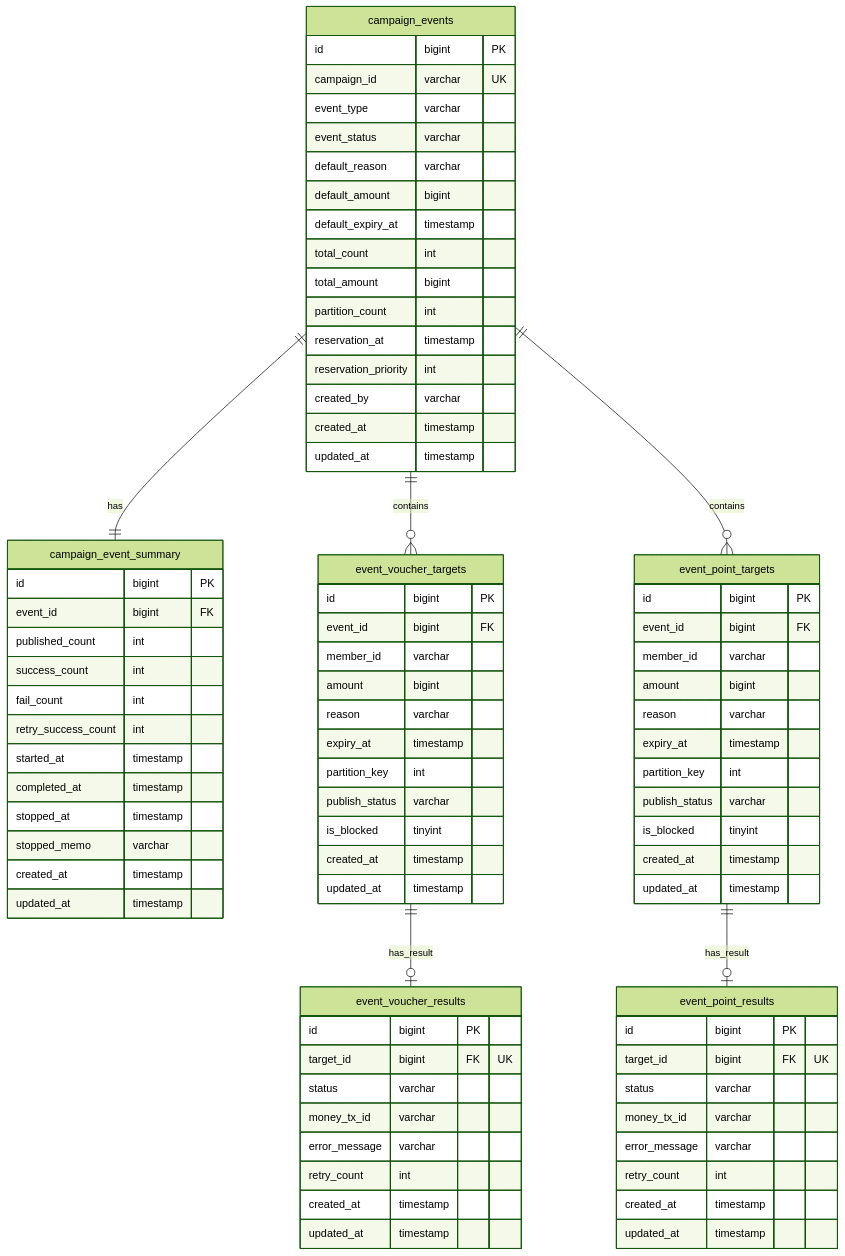
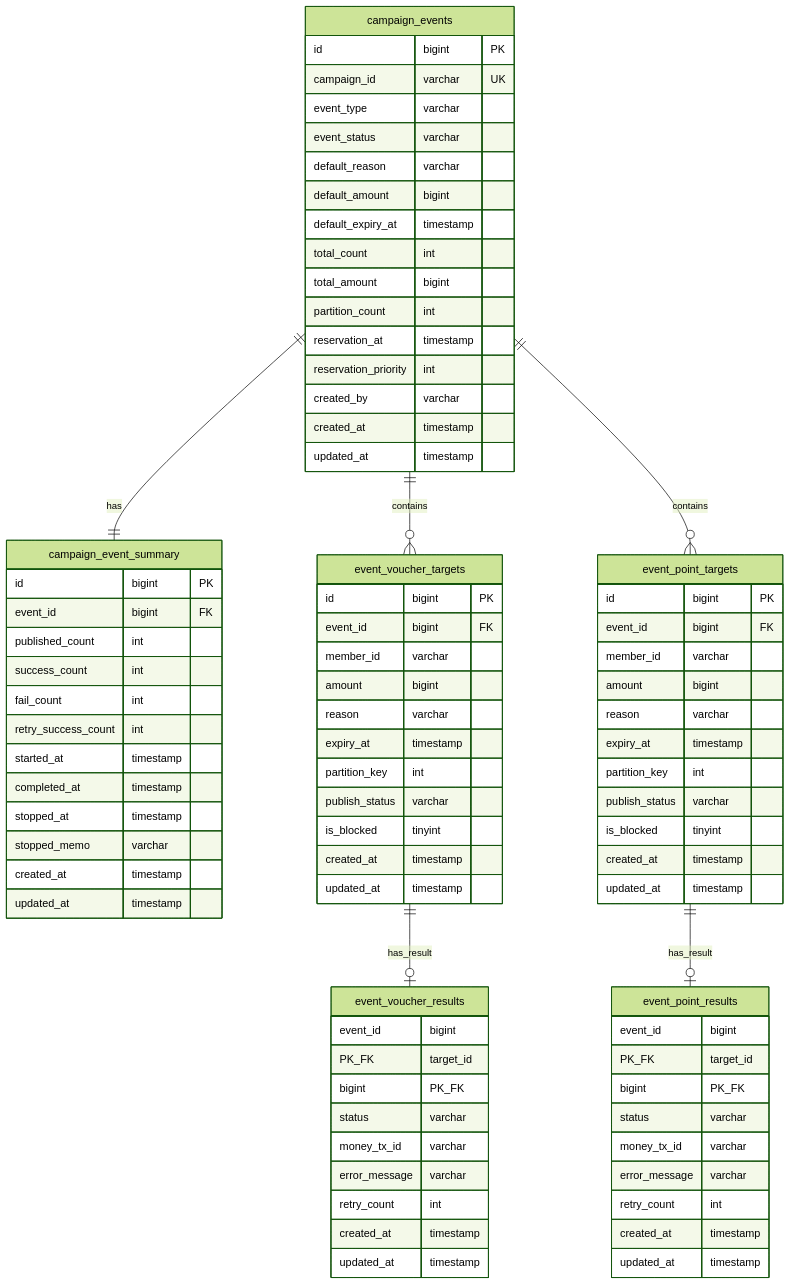
One commit to JiYoonKimjimmy/obsidian-vault changed the diagram in 1. Project/2026_MP_대량 포인트 지급 시스템/03_Data Modeling.md. Above: the diagram before and after it, drawn with Mermaid (forest theme). The commit also changed other lines of this file and 2 other files, not shown here.

```diff
--- a/1. Project/2026_MP_대량 포인트 지급 시스템/03_Data Modeling.md
+++ b/1. Project/2026_MP_대량 포인트 지급 시스템/03_Data Modeling.md
@@ -79,8 +79,8 @@
     }
     
     event_voucher_results {
-        id bigint PK
-        target_id bigint FK "UK"
+        event_id bigint PK_FK
+        target_id bigint PK_FK
         status varchar
         money_tx_id varchar
         error_message varchar
@@ -104,8 +104,8 @@
     }
     
     event_point_results {
-        id bigint PK
-        target_id bigint FK "UK"
+        event_id bigint PK_FK
+        target_id bigint PK_FK
         status varchar
         money_tx_id varchar
         error_message varchar
```
